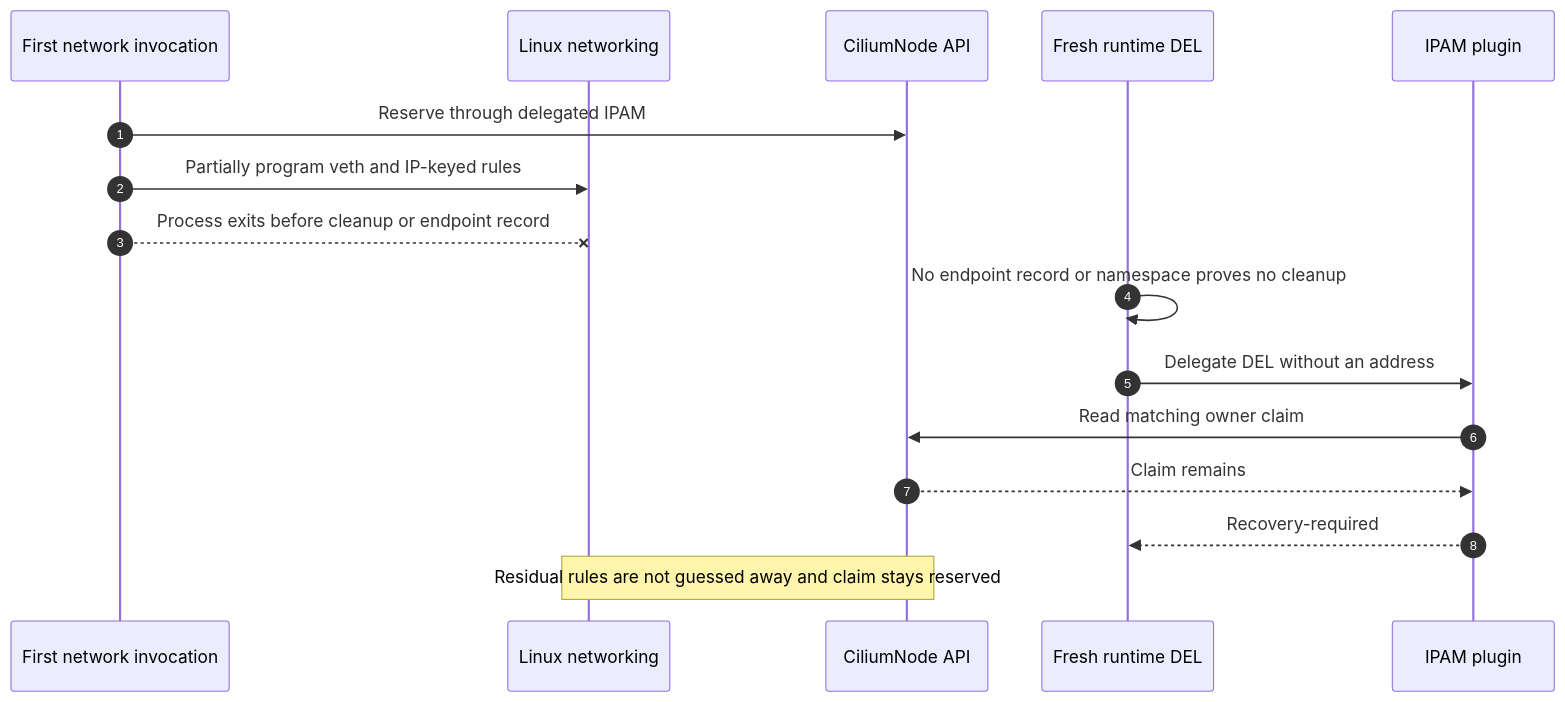
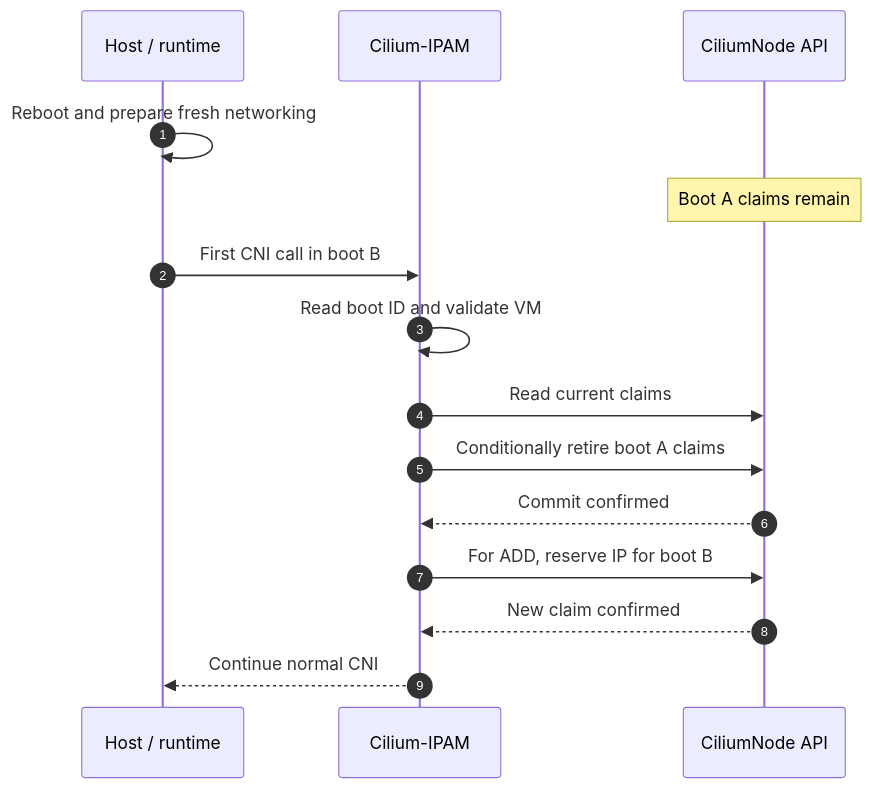
One commit to Azure/azure-container-networking changed the eighth of 9 diagrams in docs/cilium-operator-ipam.md. Above: the diagram before and after it, drawn with Mermaid. The commit also changed other lines of this file, not shown here.

First line of the commit message:
Refocus the Cilium IPAM lifecycle proposal

````diff
--- a/docs/cilium-operator-ipam.md
+++ b/docs/cilium-operator-ipam.md
@@ -949,18 +433,17 @@
 ```mermaid
 sequenceDiagram
     autonumber
-    participant C as First network invocation
-    participant L as Linux networking
+    participant H as Host / runtime
+    participant I as Cilium-IPAM
     participant K as CiliumNode API
-    participant R as Fresh runtime DEL
-    participant I as IPAM plugin
-    C->>K: Reserve through delegated IPAM
-    C->>L: Partially program veth and IP-keyed rules
-    C--xL: Process exits before cleanup or endpoint record
-    R->>R: No endpoint record or namespace proves no cleanup
-    R->>I: Delegate DEL without an address
-    I->>K: Read matching owner claim
-    K-->>I: Claim remains
-    I-->>R: Recovery-required
-    Note over L,K: Residual rules are not guessed away and claim stays reserved
+    H->>H: Reboot and prepare fresh networking
+    Note over K: Boot A claims remain
+    H->>I: First CNI call in boot B
+    I->>I: Read boot ID and validate VM
+    I->>K: Read current claims
+    I->>K: Conditionally retire boot A claims
+    K-->>I: Commit confirmed
+    I->>K: For ADD, reserve IP for boot B
+    K-->>I: New claim confirmed
+    I-->>H: Continue normal CNI
 ```
````
